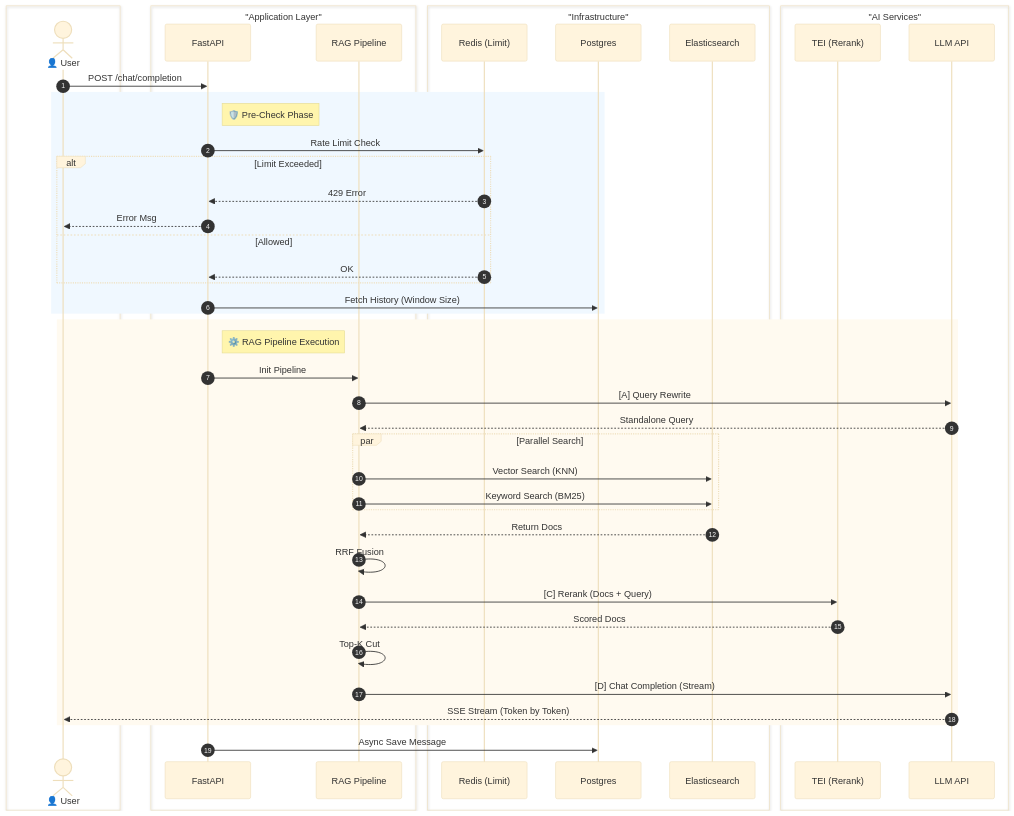
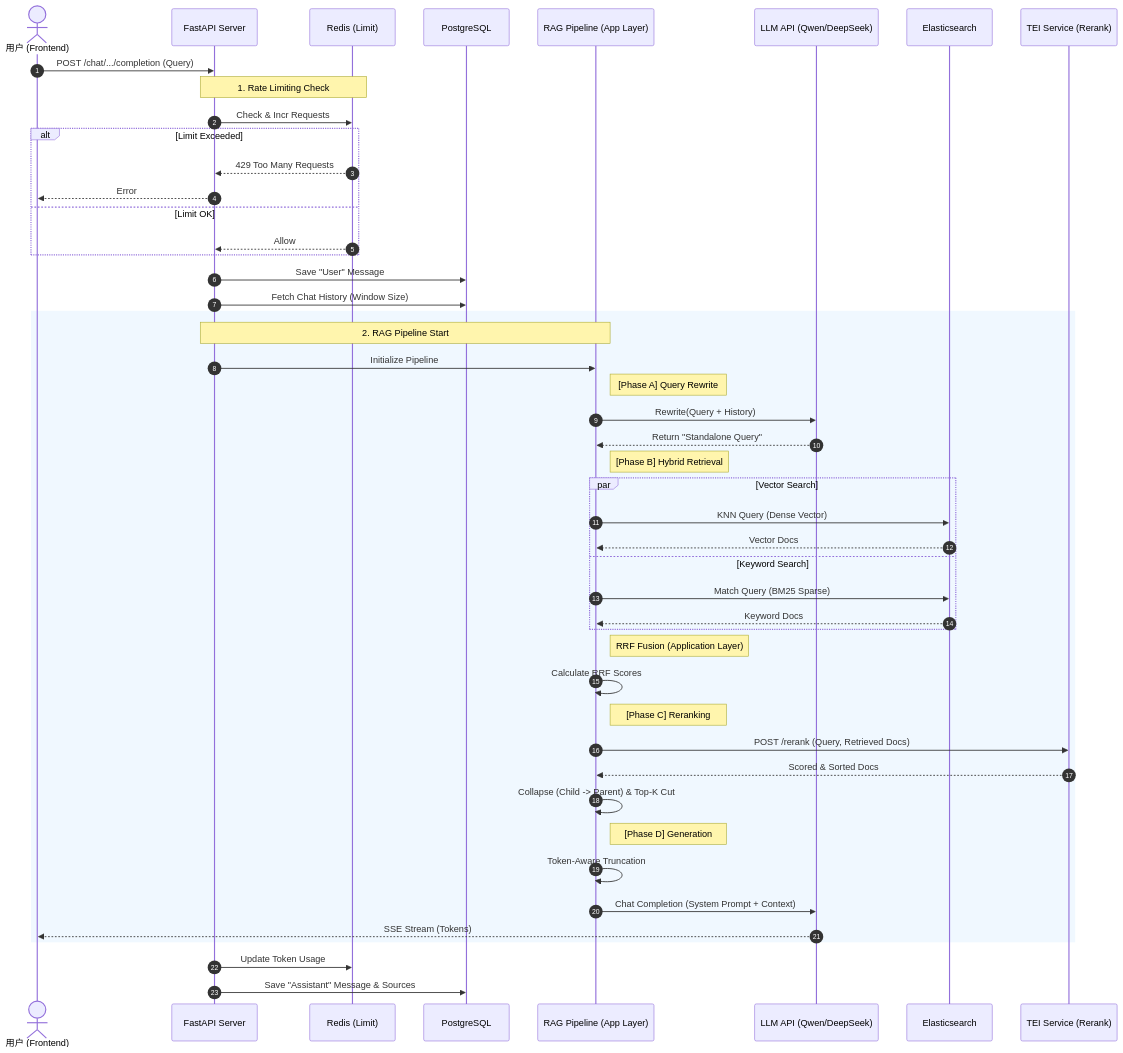
Before and after one commit to pswd123456/rag-practice: the second of 3 diagrams in README.md, drawn with Mermaid. The commit also changed other lines of this file and 10 other files, not shown here.

````diff
--- a/README.md
+++ b/README.md
@@ -183,72 +187,67 @@
 ```mermaid
 sequenceDiagram
-    autonumber
-    %% 全局配置
-    %%{init: {'theme': 'base', 'themeVariables': { 'fontFamily': 'Inter', 'fontSize': '14px'}}}%%
-    
-    %% 分组定义 (Box)
-    box transparent #UserLayer
-    actor User as 👤 User
-    end
+    autonumber
+    actor User as 用户 (Frontend)
+    participant API as FastAPI Server
+    participant Redis as Redis (Limit)
+    participant DB as PostgreSQL
+    participant Pipeline as RAG Pipeline (App Layer)
+    participant LLM as LLM API (Qwen/DeepSeek)
+    participant ES as Elasticsearch
+    participant TEI as TEI Service (Rerank)
 
-    box "Application Layer" #f9f9f9
-    participant API as FastAPI
-    participant Pipeline as RAG Pipeline
-    end
+    User->>API: POST /chat/.../completion (Query)
+    
+    %% 1. 前置检查
+    Note over API,Redis: 1. Rate Limiting Check
+    API->>Redis: Check & Incr Requests
+    alt Limit Exceeded
+        Redis-->>API: 429 Too Many Requests
+        API-->>User: Error
+    else Limit OK
+        Redis-->>API: Allow
+    end
 
-    box "Infrastructure" #eef
-    participant Redis as Redis (Limit)
-    participant DB as Postgres
-    participant ES as Elasticsearch
-    end
+    %% 2. 准备上下文
+    API->>DB: Save "User" Message
+    API->>DB: Fetch Chat History (Window Size)
+    
+    %% 3. 进入 Pipeline
+    rect rgb(240, 248, 255)
+        Note over API,Pipeline: 2. RAG Pipeline Start
+        API->>Pipeline: Initialize Pipeline
+        
+        %% Query Rewrite
+        Note right of Pipeline: [Phase A] Query Rewrite
+        Pipeline->>LLM: Rewrite(Query + History)
+        LLM-->>Pipeline: Return "Standalone Query"
 
-    box "AI Services" #ffe
-    participant TEI as TEI (Rerank)
-    participant LLM as LLM API
-    end
+        %% Hybrid Search
+        Note right of Pipeline: [Phase B] Hybrid Retrieval
+        par Vector Search
+            Pipeline->>ES: KNN Query (Dense Vector)
+            ES-->>Pipeline: Vector Docs
+        and Keyword Search
+            Pipeline->>ES: Match Query (BM25 Sparse)
+            ES-->>Pipeline: Keyword Docs
+        end
+        Note right of Pipeline: RRF Fusion (Application Layer)
+        Pipeline->>Pipeline: Calculate RRF Scores
 
-    User->>API: POST /chat/completion
-    
-    %% 1. 前置检查
-    rect rgb(240, 248, 255)
-    note right of API: 🛡️ Pre-Check Phase
-    API->>Redis: Rate Limit Check
-    alt Limit Exceeded
-        Redis-->>API: 429 Error
-        API-->>User: Error Msg
-    else Allowed
-        Redis-->>API: OK
-    end
-    API->>DB: Fetch History (Window Size)
-    end
+        %% Rerank
+        Note right of Pipeline: [Phase C] Reranking
+        Pipeline->>TEI: POST /rerank (Query, Retrieved Docs)
+        TEI-->>Pipeline: Scored & Sorted Docs
+        Pipeline->>Pipeline: Collapse (Child -> Parent) & Top-K Cut
 
-    %% 2. 核心 Pipeline
-    rect rgb(255, 250, 240)
-    note right of API: ⚙️ RAG Pipeline Execution
-    API->>Pipeline: Init Pipeline
-    
-    %% A. Rewrite
-    Pipeline->>LLM: [A] Query Rewrite
-    LLM-->>Pipeline: Standalone Query
+        %% Generation
+        Note right of Pipeline: [Phase D] Generation
+        Pipeline->>Pipeline: Token-Aware Truncation
+        Pipeline->>LLM: Chat Completion (System Prompt + Context)
+        LLM-->>User: SSE Stream (Tokens)
+    end
 
-    %% B. Search
-    par Parallel Search
-        Pipeline->>ES: Vector Search (KNN)
-        Pipeline->>ES: Keyword Search (BM25)
-    end
-    ES-->>Pipeline: Return Docs
-    Pipeline->>Pipeline: RRF Fusion
-
-    %% C. Rerank
-    Pipeline->>TEI: [C] Rerank (Docs + Query)
-    TEI-->>Pipeline: Scored Docs
-    Pipeline->>Pipeline: Top-K Cut
-
-    %% D. Generation
-    Pipeline->>LLM: [D] Chat Completion (Stream)
-    LLM-->>User: SSE Stream (Token by Token)
-    end
-
-    %% 3. 收尾
-    API->>DB: Async Save Message
+    %% 4. 收尾
+    API->>Redis: Update Token Usage
+    API->>DB: Save "Assistant" Message & Sources
 ```
````
